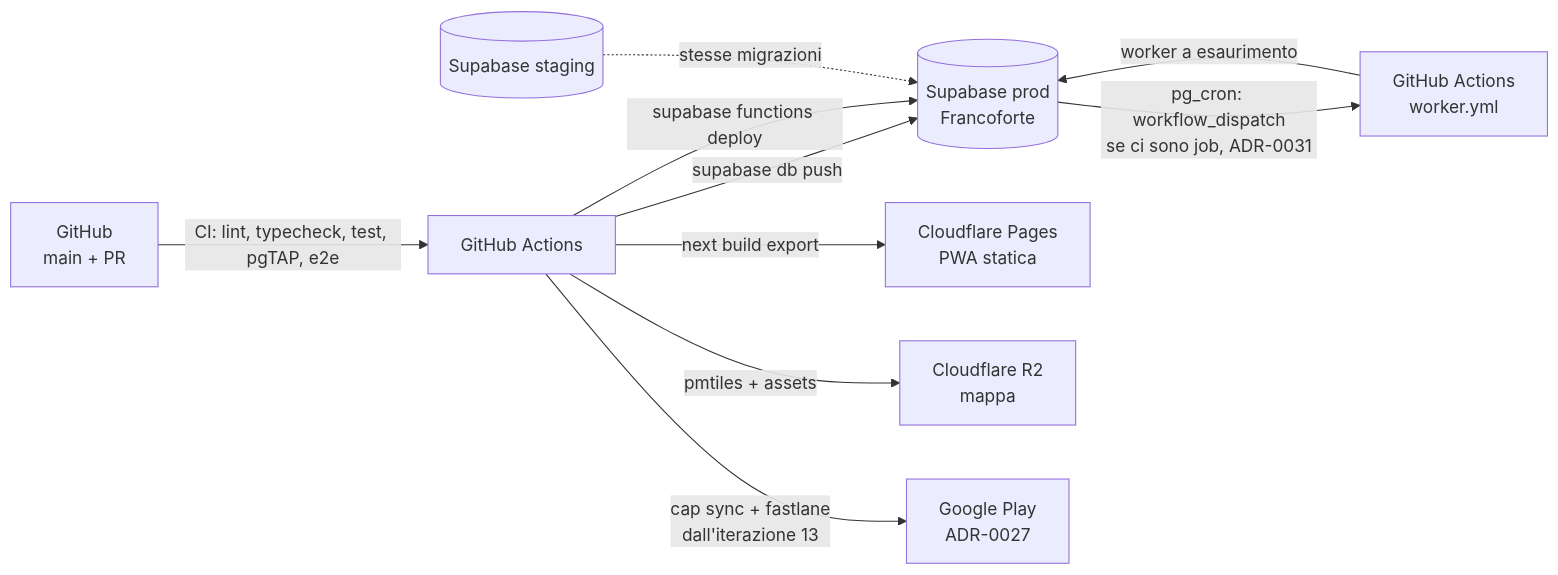
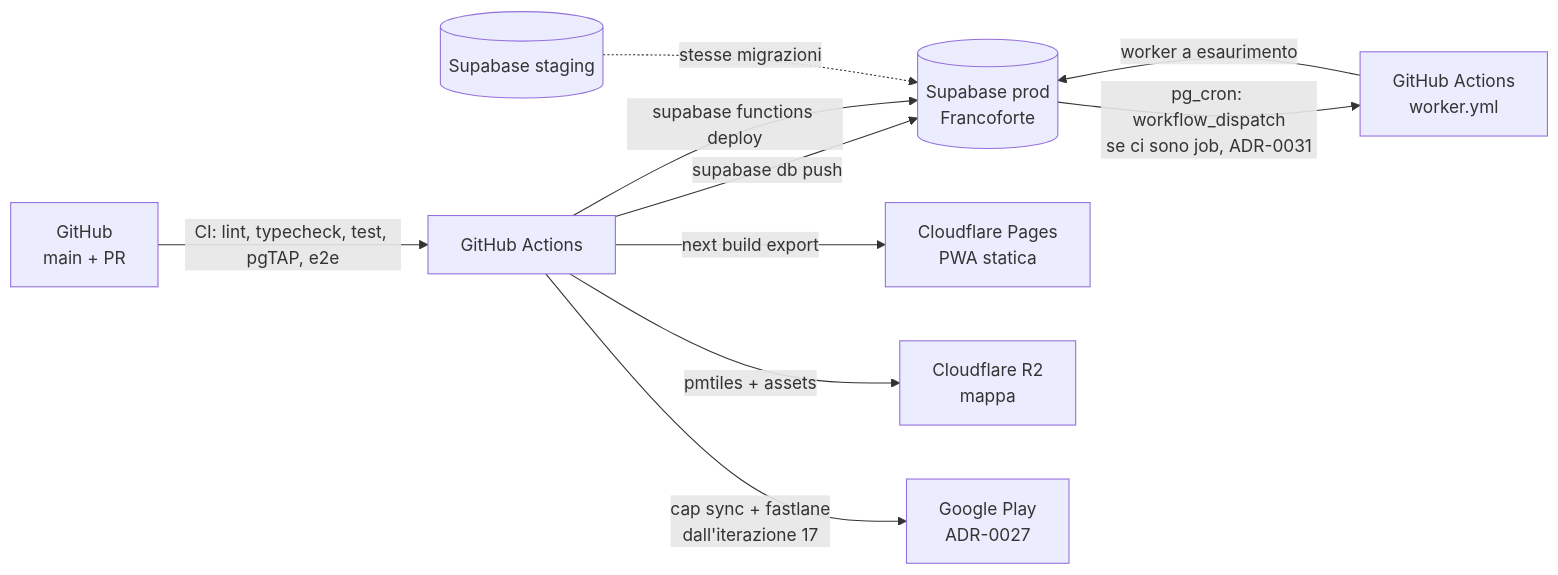
One commit to MatteoParrella/noxa changed the ninth of 9 diagrams in docs/ARCHITECTURE.md. Above: the diagram before and after it, drawn with Mermaid. The commit also changed 17 other files, not shown here.

````diff
--- a/docs/ARCHITECTURE.md
+++ b/docs/ARCHITECTURE.md
@@ -415,12 +415,12 @@
 ```mermaid
 flowchart LR
     GH[GitHub<br/>main + PR] -->|CI: lint, typecheck, test, pgTAP, e2e| CI[GitHub Actions]
     CI -->|supabase db push| SBP[(Supabase prod<br/>Francoforte)]
     CI -->|supabase functions deploy| SBP
     CI -->|next build export| CFP[Cloudflare Pages<br/>PWA statica]
     CI -->|pmtiles + assets| R2[Cloudflare R2<br/>mappa]
     SBP -->|pg_cron: workflow_dispatch<br/>se ci sono job, ADR-0031| CRONGH[GitHub Actions<br/>worker.yml]
     CRONGH -->|worker a esaurimento| SBP
-    CI -->|cap sync + fastlane<br/>dall'iterazione 13| STORE[Google Play<br/>ADR-0027]
+    CI -->|cap sync + fastlane<br/>dall'iterazione 17| STORE[Google Play<br/>ADR-0027]
     SBS[(Supabase staging)] -.stesse migrazioni.-> SBP
 ```
````
